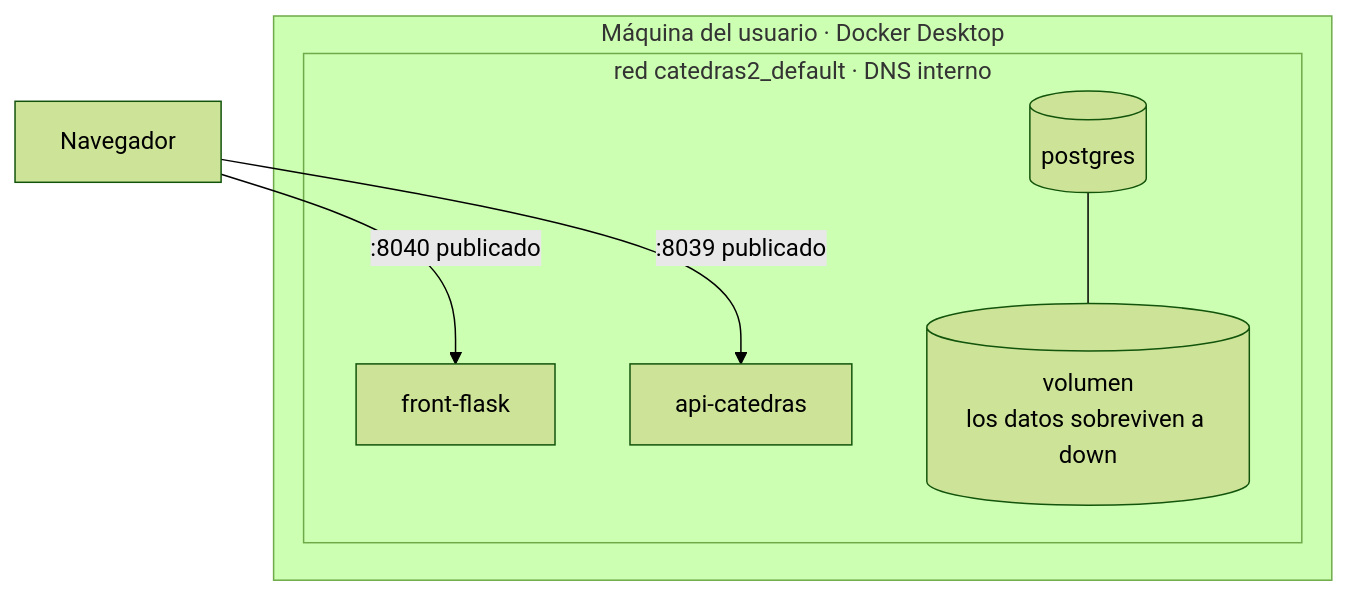
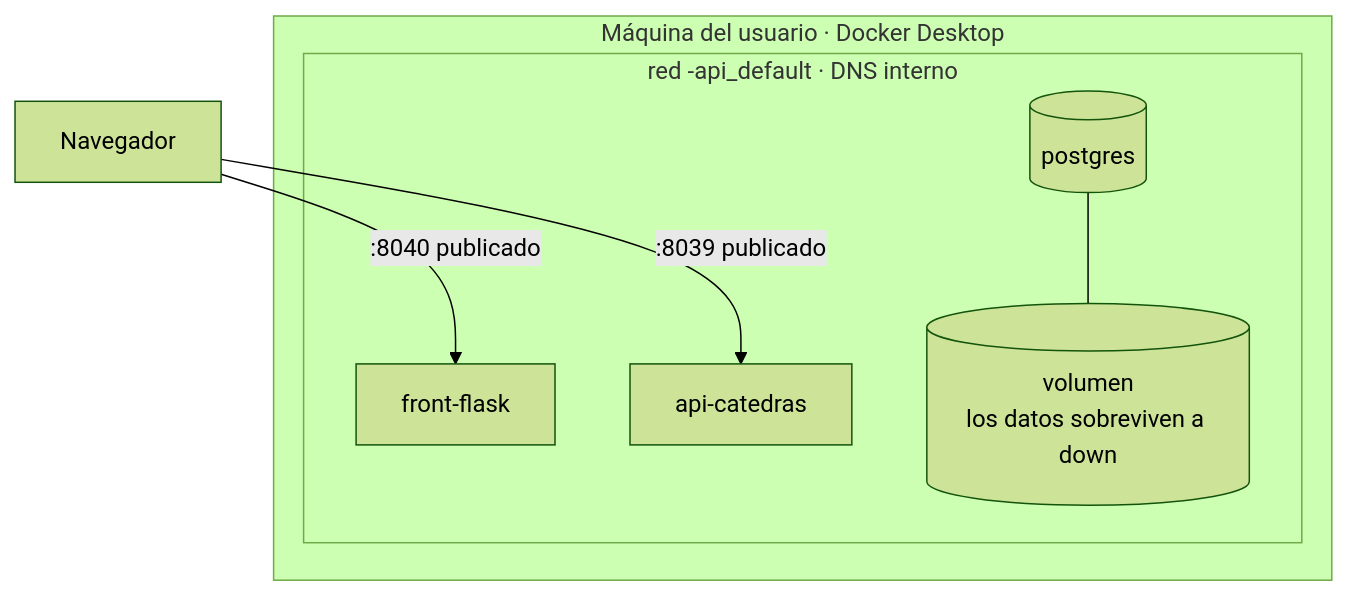
Before and after one commit to ccastro2050/proyecto_construccion_de_software4: the eighth of 8 diagrams in ProyectosDeAula/docs/dominio/ARQUITECTURA.md, drawn with Mermaid (forest theme). The commit also changed 3 other files, not shown here.

````diff
--- a/ProyectosDeAula/docs/dominio/ARQUITECTURA.md
+++ b/ProyectosDeAula/docs/dominio/ARQUITECTURA.md
@@ -240,14 +240,14 @@
 ```mermaid
 flowchart TD
     subgraph HOST["Máquina del usuario · Docker Desktop"]
-      subgraph RED["red catedras2_default · DNS interno"]
+      subgraph RED["red <equipo>-api_default · DNS interno"]
         F["front-flask"]
         A["api-catedras"]
         D[("postgres")]
         V[("volumen<br/>los datos sobreviven a down")]
       end
     end
     NAV["Navegador"] -->|":8040 publicado"| F
     NAV -->|":8039 publicado"| A
     D --- V
 ```
````
